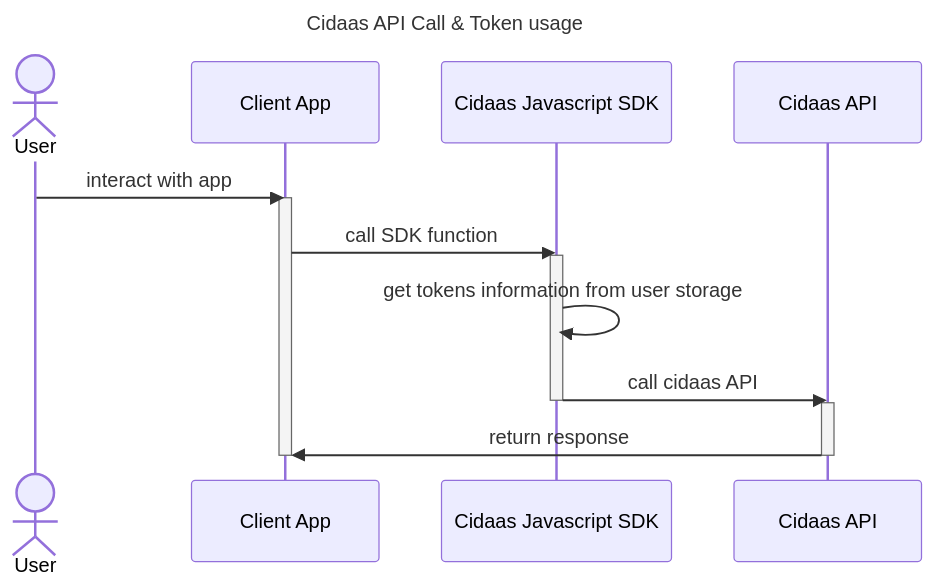
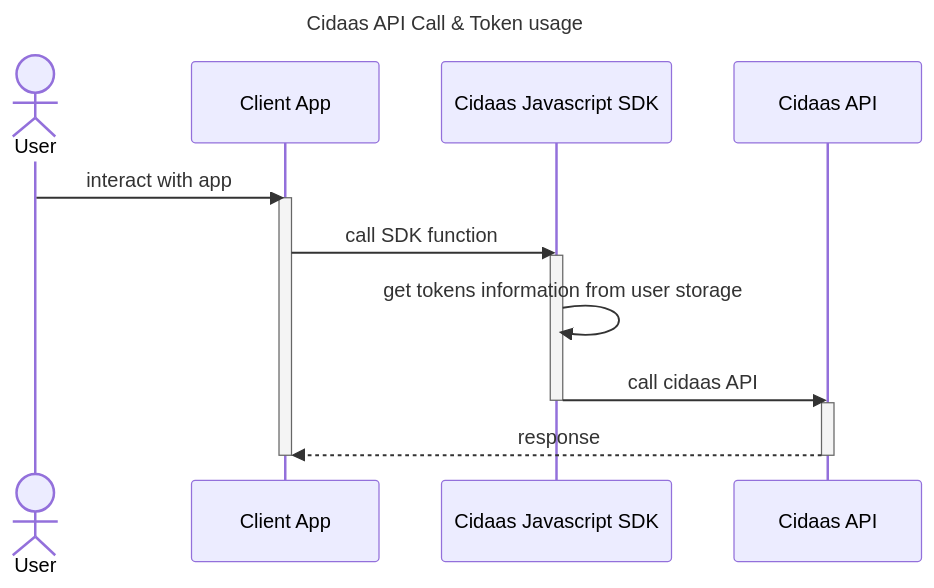
One commit to cidaas/cidaas-javascript-sdk changed the first of 2 diagrams in overview/access-token-management.md. Above: the diagram before and after it, drawn with Mermaid.

Commit message:
update return line

````diff
--- a/overview/access-token-management.md
+++ b/overview/access-token-management.md
@@ -10,26 +10,26 @@
 ```mermaid
 ---
 title: Cidaas API Call & Token usage
 ---
 sequenceDiagram
   Actor User
   participant ClientApp as Client App
   participant CidaasSDK as Cidaas Javascript SDK
   participant CidaasAPI as Cidaas API
 
 User ->> ClientApp: interact with app
 
 activate ClientApp
 ClientApp ->> CidaasSDK: call SDK function
 
 activate CidaasSDK
 CidaasSDK ->> CidaasSDK: get tokens information from user storage
 CidaasSDK ->> CidaasAPI: call cidaas API
 deactivate CidaasSDK
 
 activate CidaasAPI
-CidaasAPI ->> ClientApp: return response
+CidaasAPI -->> ClientApp: response
 deactivate CidaasAPI
 
 deactivate ClientApp
 ```
````
